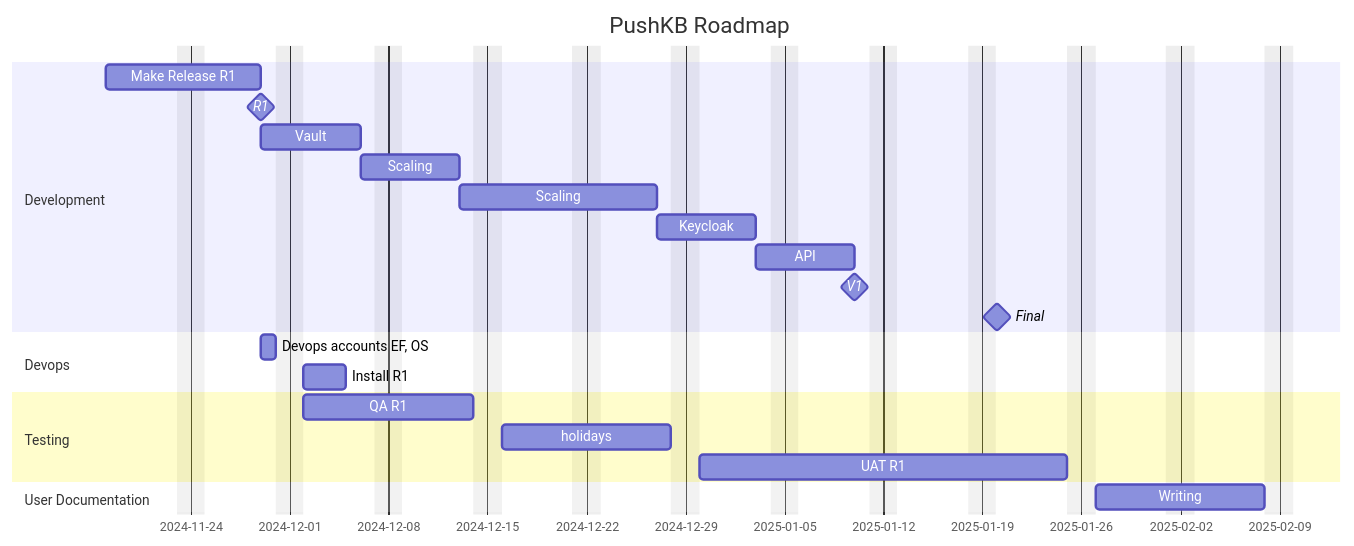
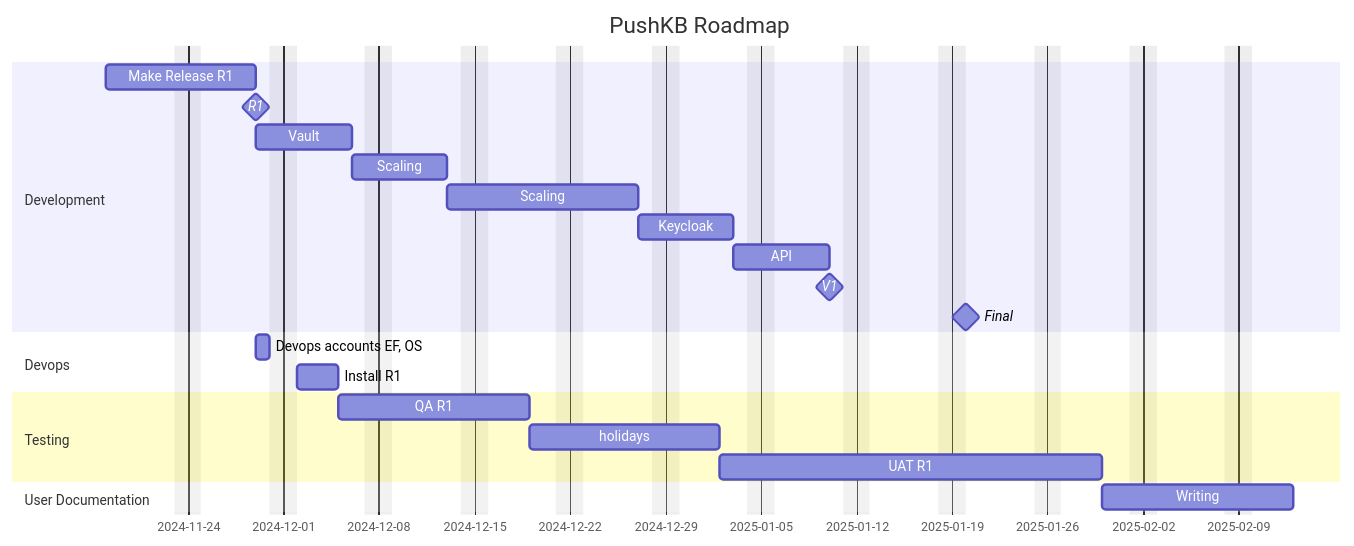
The diagram in docs/roadmap.md (julianladisch/pushkb), drawn with Mermaid before and after one commit.

````diff
--- a/docs/roadmap.md
+++ b/docs/roadmap.md
@@ -3,30 +3,30 @@
 ```mermaid
 gantt
     title PushKB Roadmap
     dateFormat  YYYY-MM-DD
     excludes    weekends
 
     section Development
     Make Release R1                  :t3-0, 2024-11-18, 9d
     R1                               :milestone, after t3-0, 0d
     Vault                            :t3-1, after t3-0, 5d
     Scaling                          :t3-2, after t3-1, 5d
     Scaling                          :thols1, after t3-2, 10d
     Keycloak                         :t3-3, after thols1, 5d
     API                              :t3-4, after t3-3, 5d
 		V1                               :milestone, after t3-4, 0d
 		Final                            :milestone, 2025-01-20, 0d
 
     section Devops
     Devops accounts EF, OS           :t4-1, after t3-0, 1d
     Install R1                       :t4-2, after t4-1, 3d
 
     section Testing
-    QA R1                            :t5-1, after t4-1, 10d
+    QA R1                            :t5-1, after t4-2, 10d
     holidays                         :t5-2, after t5-1, 10d
     UAT R1                           :t5-3, after t5-2, 20d
 
     section User Documentation
     Writing                          :t6-1, after t5-3, 10d
 
 ```
````
